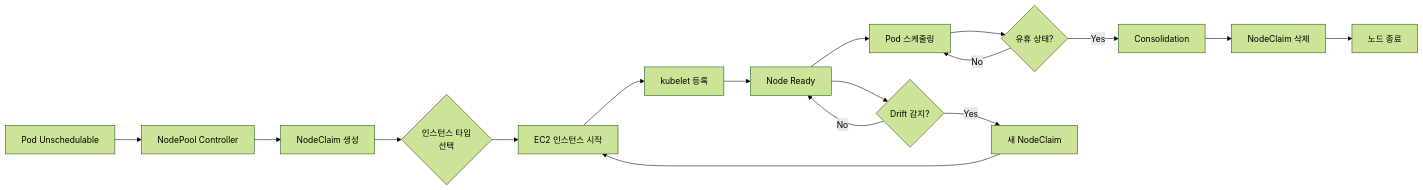
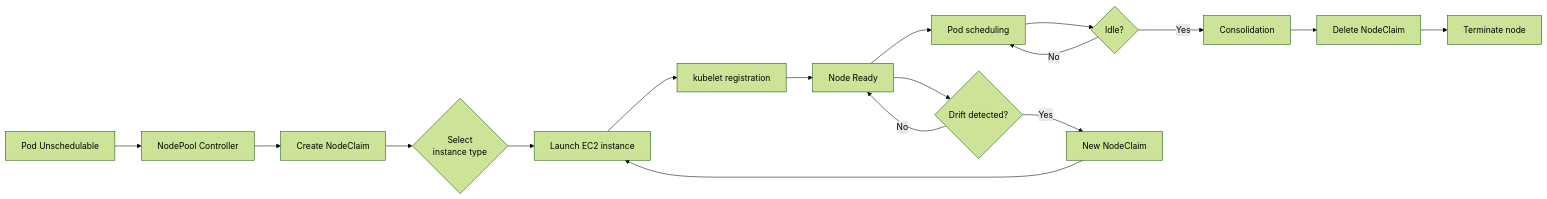
One commit to devfloor9/engineering-playbook changed the first of 3 diagrams in docs/eks-best-practices/operations-reliability/eks-debugging/auto-mode.md. Above: the diagram before and after it, drawn with Mermaid (forest theme). The commit also changed other lines of this file and 954 other files, not shown here.

````diff
--- a/docs/eks-best-practices/operations-reliability/eks-debugging/auto-mode.md
+++ b/docs/eks-best-practices/operations-reliability/eks-debugging/auto-mode.md
@@ -45,21 +45,21 @@
 ```mermaid
 flowchart LR
     A[Pod Unschedulable] --> B[NodePool Controller]
-    B --> C[NodeClaim 생성]
-    C --> D{인스턴스 타입<br/>선택}
-    D --> E[EC2 인스턴스 시작]
-    E --> F[kubelet 등록]
+    B --> C[Create NodeClaim]
+    C --> D{Select<br/>instance type}
+    D --> E[Launch EC2 instance]
+    E --> F[kubelet registration]
     F --> G[Node Ready]
-    G --> H[Pod 스케줄링]
+    G --> H[Pod scheduling]
 
-    H --> I{유휴 상태?}
+    H --> I{Idle?}
     I -->|Yes| J[Consolidation]
     I -->|No| H
-    J --> K[NodeClaim 삭제]
-    K --> L[노드 종료]
+    J --> K[Delete NodeClaim]
+    K --> L[Terminate node]
 
-    G --> M{Drift 감지?}
-    M -->|Yes| N[새 NodeClaim]
+    G --> M{Drift detected?}
+    M -->|Yes| N[New NodeClaim]
     N --> E
     M -->|No| G
 ```
````
